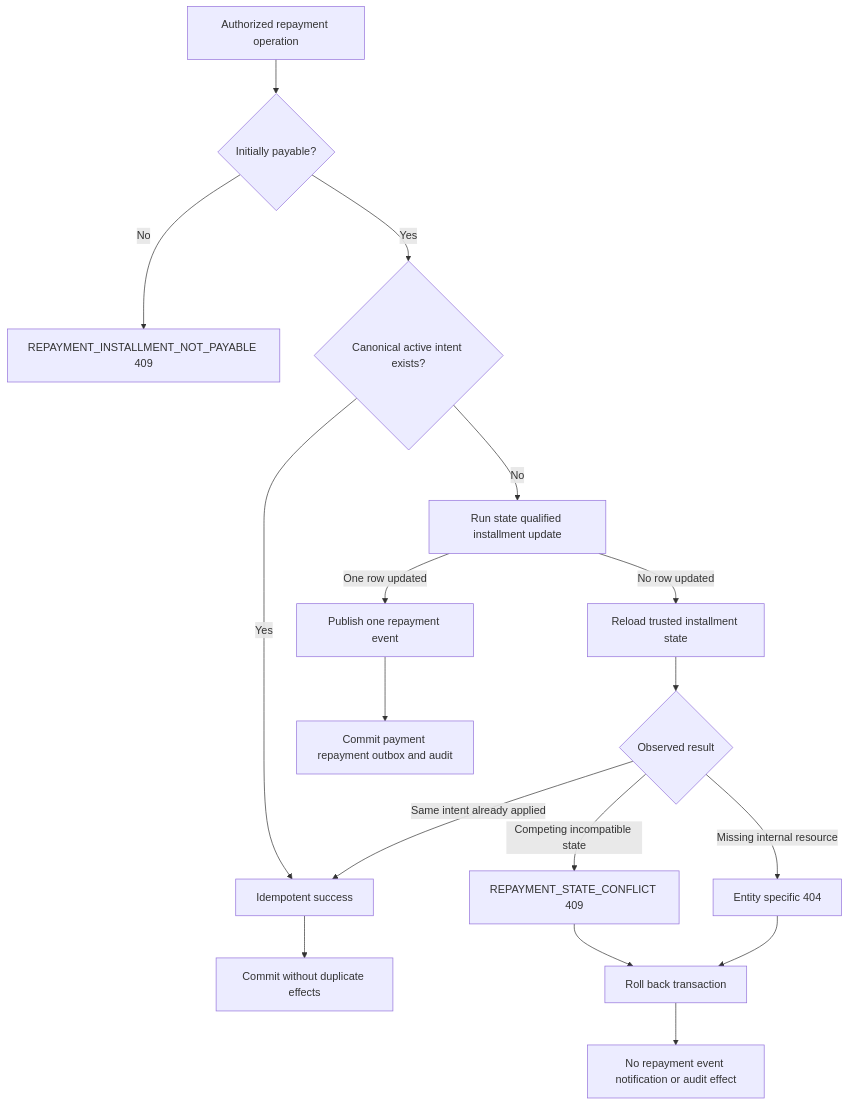
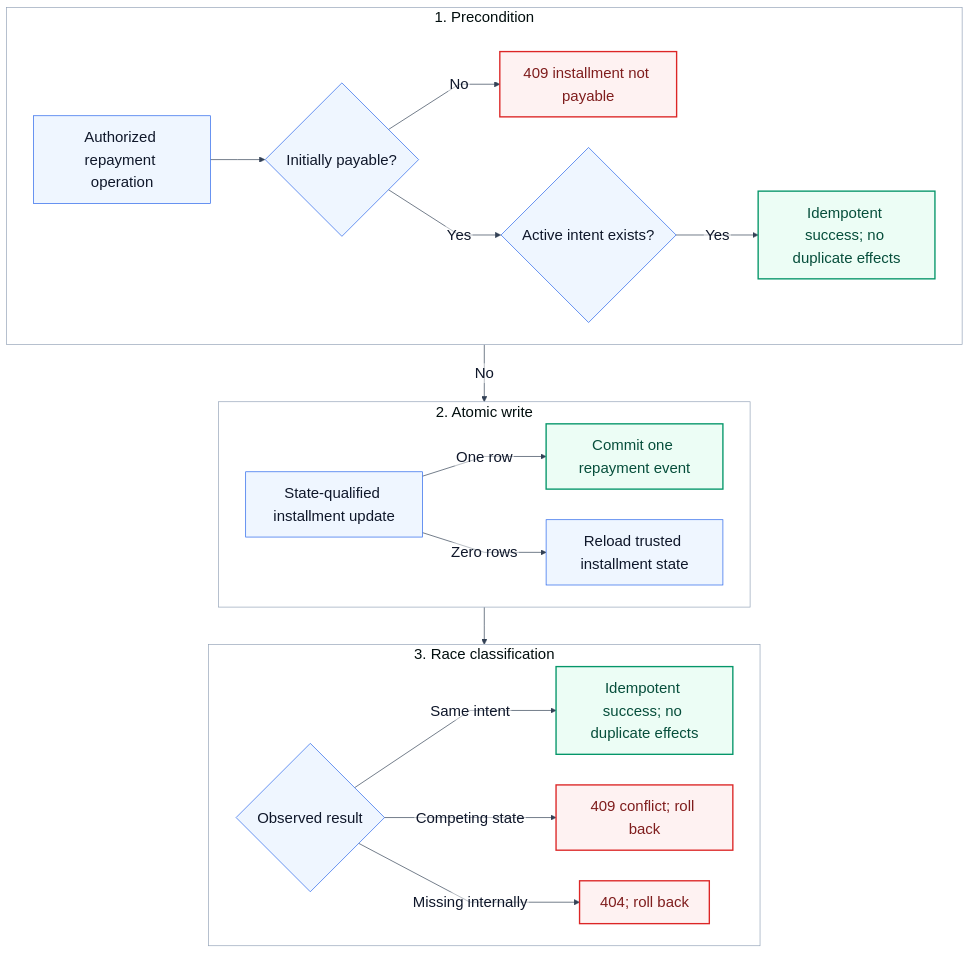
Before and after one commit to kundankumar7/optrabidz: the diagram in docs/error-handling/work-items/KAN-34-repayment-error-migration/assets/repayment-transition-state.mmd, drawn with Mermaid. The commit also changed other lines of this file and 6 other files, not shown here.

Commit message:
docs: make KAN-34 diagrams reviewable

```diff
--- a/docs/error-handling/work-items/KAN-34-repayment-error-migration/assets/repayment-transition-state.mmd
+++ b/docs/error-handling/work-items/KAN-34-repayment-error-migration/assets/repayment-transition-state.mmd
@@ -1,20 +1,29 @@
-flowchart TD
-    A[Authorized repayment operation] --> P{Initially payable?}
-    P -->|No| N[REPAYMENT_INSTALLMENT_NOT_PAYABLE 409]
-    P -->|Yes| I{Canonical active intent exists?}
-    I -->|Yes| S[Idempotent success]
-    I -->|No| U[Run state qualified installment update]
+%%{init: {"theme":"base","themeVariables":{"fontSize":"22px","fontFamily":"Arial, sans-serif","primaryColor":"#EFF6FF","primaryTextColor":"#0F172A","primaryBorderColor":"#2563EB","lineColor":"#334155","secondaryColor":"#F8FAFC","tertiaryColor":"#FEF2F2","clusterBkg":"#FFFFFF","clusterBorder":"#94A3B8","edgeLabelBackground":"#FFFFFF"},"flowchart":{"htmlLabels":false,"curve":"linear","nodeSpacing":45,"rankSpacing":55}}}%%
+flowchart TB
+    subgraph PRECHECK[1. Precondition]
+        direction LR
+        A[Authorized repayment operation] --> P{Initially payable?}
+        P -->|No| N[409 installment not payable]
+        P -->|Yes| I{Active intent exists?}
+        I -->|Yes| S[Idempotent success; no duplicate effects]
+    end
 
-    U -->|One row updated| E[Publish one repayment event]
-    U -->|No row updated| R[Reload trusted installment state]
+    subgraph WRITE[2. Atomic write]
+        direction LR
+        I -->|No| U[State-qualified installment update]
+        U -->|One row| E[Commit one repayment event]
+        U -->|Zero rows| R[Reload trusted installment state]
+    end
 
-    R --> C{Observed result}
-    C -->|Same intent already applied| S
-    C -->|Competing incompatible state| X[REPAYMENT_STATE_CONFLICT 409]
-    C -->|Missing internal resource| M[Entity specific 404]
+    subgraph CLASSIFY[3. Race classification]
+        direction LR
+        R --> C{Observed result}
+        C -->|Same intent| S2[Idempotent success; no duplicate effects]
+        C -->|Competing state| X[409 conflict; roll back]
+        C -->|Missing internally| M[404; roll back]
+    end
 
-    E --> K[Commit payment repayment outbox and audit]
-    S --> J[Commit without duplicate effects]
-    X --> B[Roll back transaction]
-    M --> B
-    B --> Z[No repayment event notification or audit effect]
+    classDef error fill:#FEF2F2,stroke:#DC2626,color:#7F1D1D,stroke-width:2px;
+    classDef success fill:#ECFDF5,stroke:#059669,color:#064E3B,stroke-width:2px;
+    class N,X,M error;
+    class E,S,S2 success;
```
